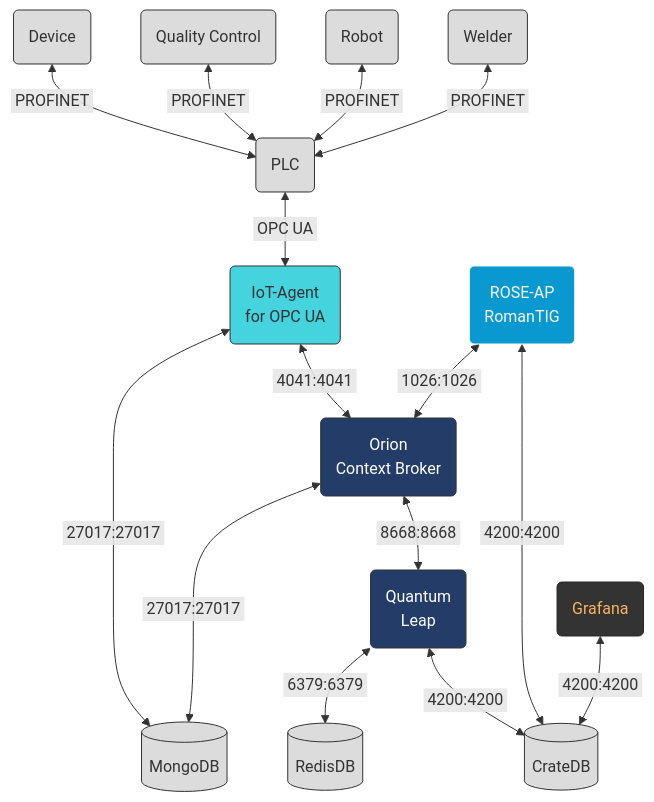
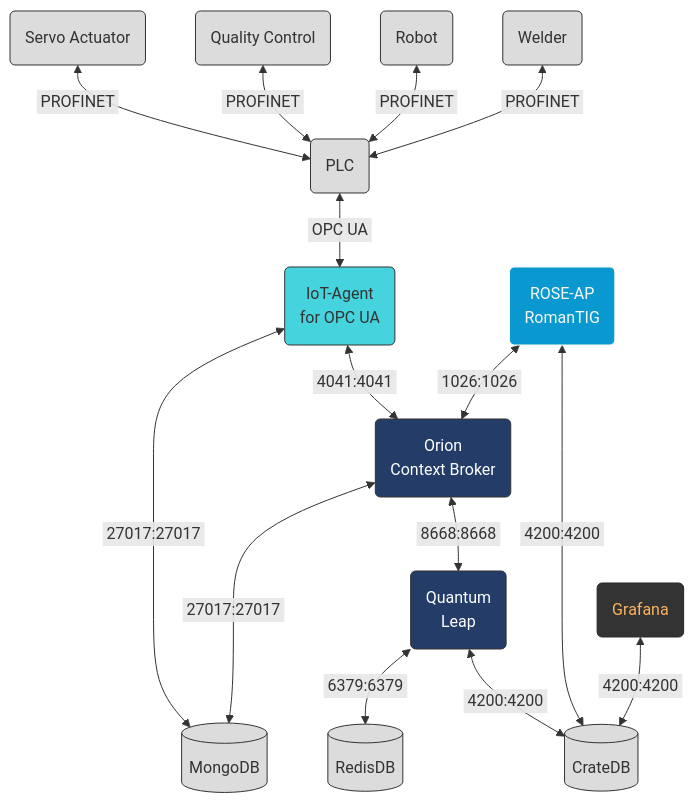
One commit to claret-srl/ROMANTIG changed the second of 2 diagrams in README.md. Above: the diagram before and after it, drawn with Mermaid. The commit also changed other lines of this file, not shown here.

````diff
--- a/README.md
+++ b/README.md
@@ -207,31 +209,31 @@
 ```mermaid
   flowchart TD
     Welder(Welder)
     Robot(Robot)
     QC(Quality Control)
-    Device(Device)
+    Actuator(Servo Actuator)
     PLC(PLC)
     IoT-Agent(IoT-Agent \n for OPC UA):::Cyan
     Orion(Orion \n Context Broker):::DarkBlue
     Quantumleap(Quantum \n Leap):::DarkBlue
     ROSE-AP(ROSE-AP \n RomanTIG):::Claret
     Redis[(RedisDB)]
     Mongo[(MongoDB)]
     Crate[(CrateDB)]
     Grafana(Grafana):::Grafana
 
     Orion & IoT-Agent <--&nbsp27017:27017&nbsp---> Mongo
     ROSE-AP <--&nbsp1026:1026&nbsp--> Orion
     Quantumleap <--&nbsp6379:6379&nbsp--> Redis
-    Welder & Robot & QC & Device <--&nbspPROFINET&nbsp--> PLC <--&nbspOPC UA&nbsp--> IoT-Agent <--&nbsp4041:4041&nbsp--> Orion <--&nbsp8668:8668&nbsp--> Quantumleap
+    Welder & Robot & QC & Actuator <--&nbspPROFINET&nbsp--> PLC <--&nbspOPC UA&nbsp--> IoT-Agent <--&nbsp4041:4041&nbsp--> Orion <--&nbsp8668:8668&nbsp--> Quantumleap
     Grafana <--&nbsp4200:4200&nbsp--> Crate
     ROSE-AP  & Quantumleap <--&nbsp4200:4200&nbsp--> Crate
     
 classDef DarkBlue fill:#233C68,stroke:#333,color:#FFF
 classDef Cyan fill:#45D3DD,stroke:#333,color:#333
 classDef Gainsboro fill:Gainsboro,stroke:#333,color:#333
 classDef Grafana fill:#333,Stroke:#282828,color:#FCB35F
 classDef Claret fill:#0999D0,Stroke:#F8F8F8,color:#F8F8F8
 
-class Crate,Mongo,Redis,Welder,Robot,QC,Device,PLC Gainsboro
+class Crate,Mongo,Redis,Welder,Robot,QC,Actuator,PLC Gainsboro
 ```
````
